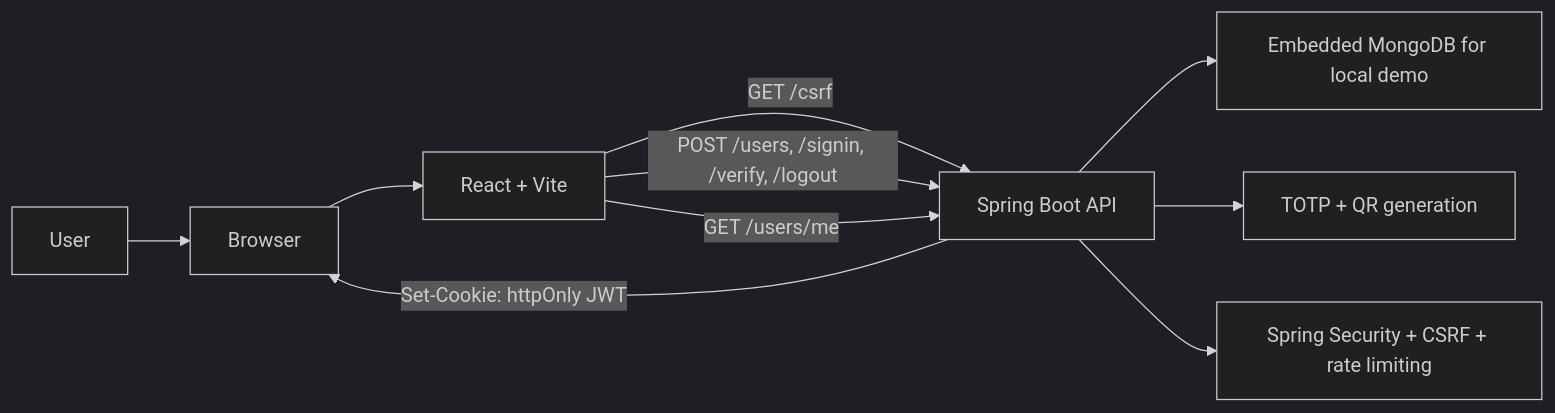
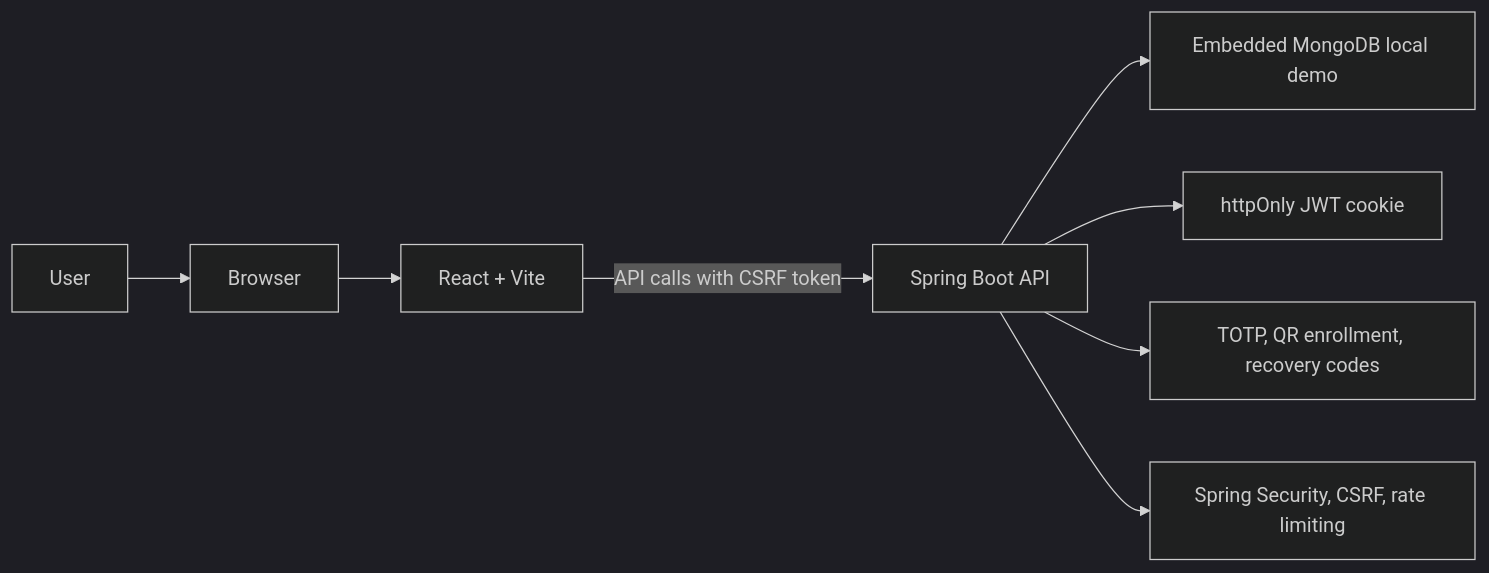
The first of 5 diagrams in README.md (leoyakubov/2-factor-authentication-demo), drawn with Mermaid (dark theme) before and after one commit. The commit also changed other lines of this file and 8 other files, not shown here.

````diff
--- a/README.md
+++ b/README.md
@@ -41,12 +188,10 @@
 ```mermaid
 flowchart LR
     User["User"] --> Browser["Browser"]
     Browser --> Frontend["React + Vite"]
-    Frontend -->|GET /csrf| Backend["Spring Boot API"]
-    Frontend -->|POST /users, /signin, /verify, /logout| Backend
-    Frontend -->|GET /users/me| Backend
-    Backend -->|Set-Cookie: httpOnly JWT| Browser
-    Backend --> Mongo["Embedded MongoDB for local demo"]
-    Backend --> TOTP["TOTP + QR generation"]
-    Backend --> Security["Spring Security + CSRF + rate limiting"]
+    Frontend -->|API calls with CSRF token| Backend["Spring Boot API"]
+    Backend --> Mongo["Embedded MongoDB local demo"]
+    Backend --> Cookies["httpOnly JWT cookie"]
+    Backend --> MFA["TOTP, QR enrollment, recovery codes"]
+    Backend --> Security["Spring Security, CSRF, rate limiting"]
 ```
````
